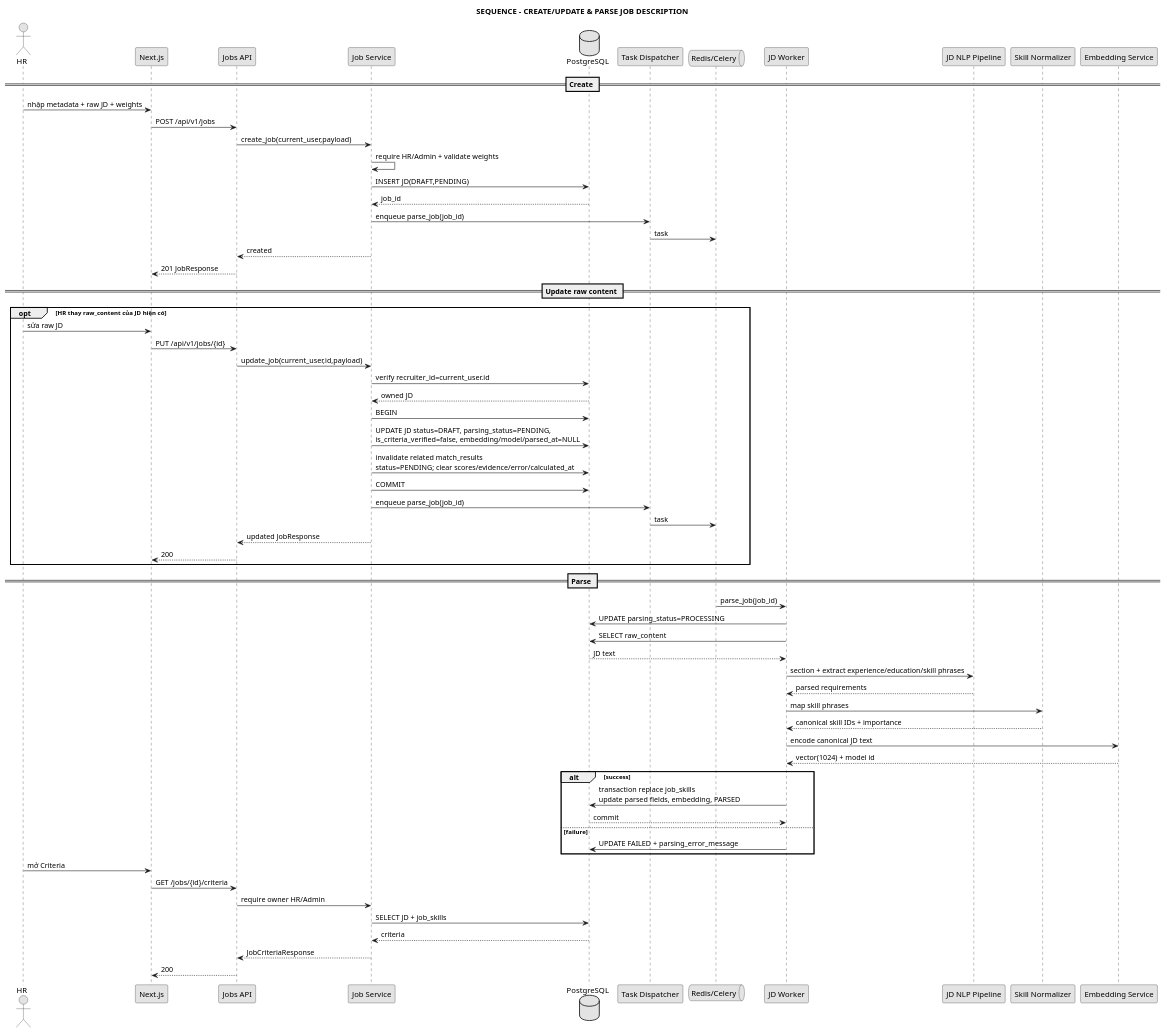
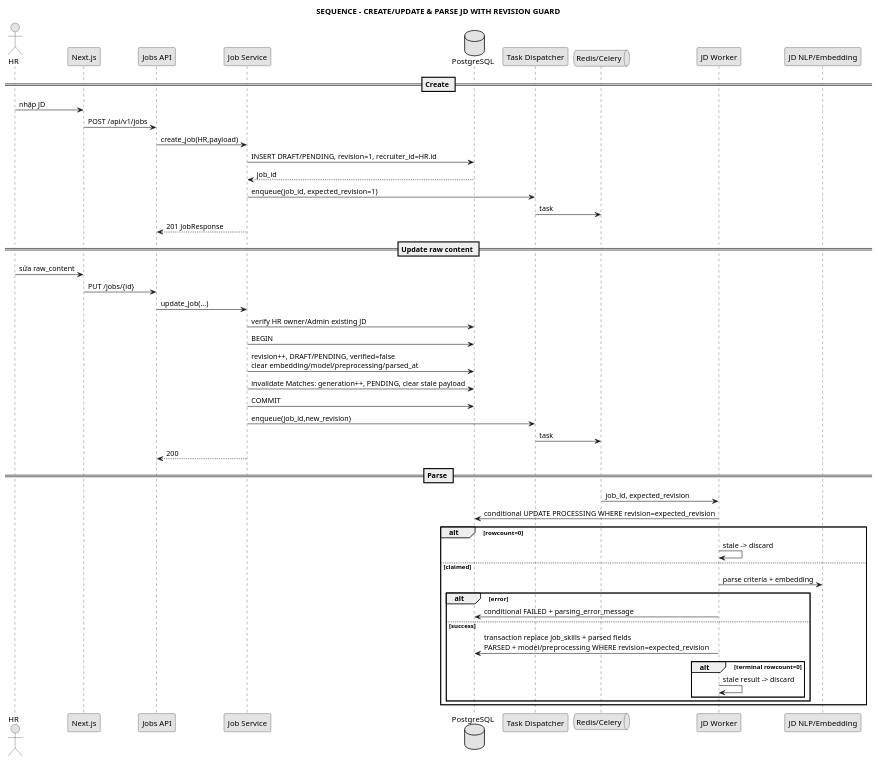
The diagram in docs/04_sequence/seq_create_parse_job.puml (anh632k-ui/WebCVUngVienTuyenDung), drawn with PlantUML before and after one commit.

Commit message:
docs(sequence): guard JD parse by revision

```diff
--- a/docs/04_sequence/seq_create_parse_job.puml
+++ b/docs/04_sequence/seq_create_parse_job.puml
@@ -1,74 +1,55 @@
 @startuml
 skinparam monochrome true
 skinparam shadowing false
-
-title SEQUENCE - CREATE/UPDATE & PARSE JOB DESCRIPTION
+title SEQUENCE - CREATE/UPDATE & PARSE JD WITH REVISION GUARD
 
 actor HR
 participant "Next.js" as FE
 participant "Jobs API" as API
 participant "Job Service" as Service
 database "PostgreSQL" as DB
 participant "Task Dispatcher" as Dispatcher
 queue "Redis/Celery" as Queue
 participant "JD Worker" as Worker
-participant "JD NLP Pipeline" as NLP
-participant "Skill Normalizer" as Normalizer
-participant "Embedding Service" as Embedding
+participant "JD NLP/Embedding" as NLP
 
 == Create ==
-HR -> FE : nhập metadata + raw JD + weights
+HR -> FE : nhập JD
 FE -> API : POST /api/v1/jobs
-API -> Service : create_job(current_user,payload)
-Service -> Service : require HR/Admin + validate weights
-Service -> DB : INSERT JD(DRAFT,PENDING)
+API -> Service : create_job(HR,payload)
+Service -> DB : INSERT DRAFT/PENDING, revision=1, recruiter_id=HR.id
 DB --> Service : job_id
-Service -> Dispatcher : enqueue parse_job(job_id)
+Service -> Dispatcher : enqueue(job_id, expected_revision=1)
 Dispatcher -> Queue : task
-Service --> API : created
-API --> FE : 201 JobResponse
+Service --> API : 201 JobResponse
 
 == Update raw content ==
-opt HR thay raw_content của JD hiện có
-  HR -> FE : sửa raw JD
-  FE -> API : PUT /api/v1/jobs/{id}
-  API -> Service : update_job(current_user,id,payload)
-  Service -> DB : verify recruiter_id=current_user.id
-  DB --> Service : owned JD
-  Service -> DB : BEGIN
-  Service -> DB : UPDATE JD status=DRAFT, parsing_status=PENDING,\nis_criteria_verified=false, embedding/model/parsed_at=NULL
-  Service -> DB : invalidate related match_results\nstatus=PENDING; clear scores/evidence/error/calculated_at
-  Service -> DB : COMMIT
-  Service -> Dispatcher : enqueue parse_job(job_id)
-  Dispatcher -> Queue : task
-  Service --> API : updated JobResponse
-  API --> FE : 200
-end
+HR -> FE : sửa raw_content
+FE -> API : PUT /jobs/{id}
+API -> Service : update_job(...)
+Service -> DB : verify HR owner/Admin existing JD
+Service -> DB : BEGIN
+Service -> DB : revision++, DRAFT/PENDING, verified=false\nclear embedding/model/preprocessing/parsed_at
+Service -> DB : invalidate Matches: generation++, PENDING, clear stale payload
+Service -> DB : COMMIT
+Service -> Dispatcher : enqueue(job_id,new_revision)
+Dispatcher -> Queue : task
+Service --> API : 200
 
 == Parse ==
-Queue -> Worker : parse_job(job_id)
-Worker -> DB : UPDATE parsing_status=PROCESSING
-Worker -> DB : SELECT raw_content
-DB --> Worker : JD text
-Worker -> NLP : section + extract experience/education/skill phrases
-NLP --> Worker : parsed requirements
-Worker -> Normalizer : map skill phrases
-Normalizer --> Worker : canonical skill IDs + importance
-Worker -> Embedding : encode canonical JD text
-Embedding --> Worker : vector(1024) + model id
-alt success
-  Worker -> DB : transaction replace job_skills\nupdate parsed fields, embedding, PARSED
-  DB --> Worker : commit
-else failure
-  Worker -> DB : UPDATE FAILED + parsing_error_message
+Queue -> Worker : job_id, expected_revision
+Worker -> DB : conditional UPDATE PROCESSING WHERE revision=expected_revision
+alt rowcount=0
+  Worker -> Worker : stale -> discard
+else claimed
+  Worker -> NLP : parse criteria + embedding
+  alt error
+    Worker -> DB : conditional FAILED + parsing_error_message
+  else success
+    Worker -> DB : transaction replace job_skills + parsed fields\nPARSED + model/preprocessing WHERE revision=expected_revision
+    alt terminal rowcount=0
+      Worker -> Worker : stale result -> discard
+    end
+  end
 end
-
-HR -> FE : mở Criteria
-FE -> API : GET /jobs/{id}/criteria
-API -> Service : require owner HR/Admin
-Service -> DB : SELECT JD + job_skills
-DB --> Service : criteria
-Service --> API : JobCriteriaResponse
-API --> FE : 200
-
 @enduml
```
